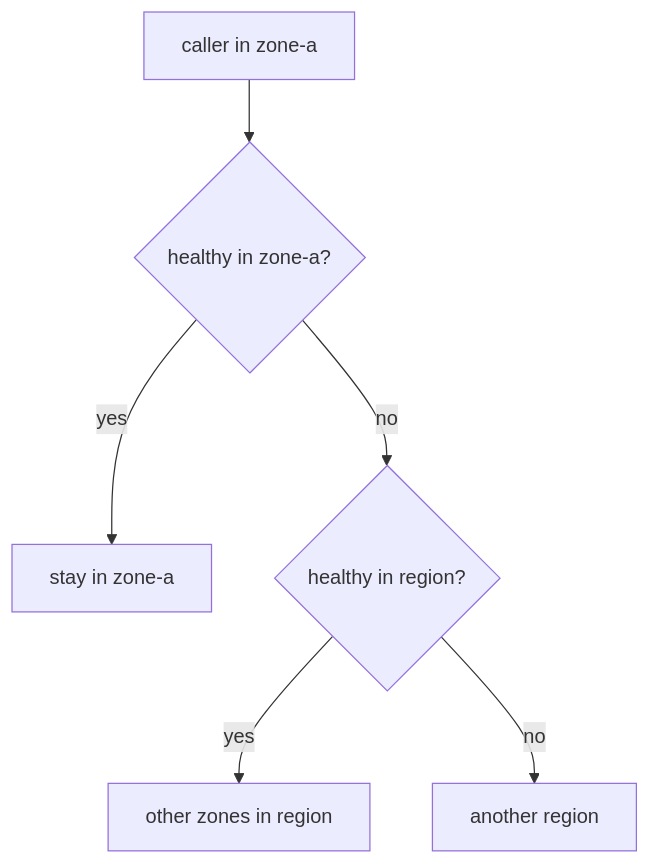
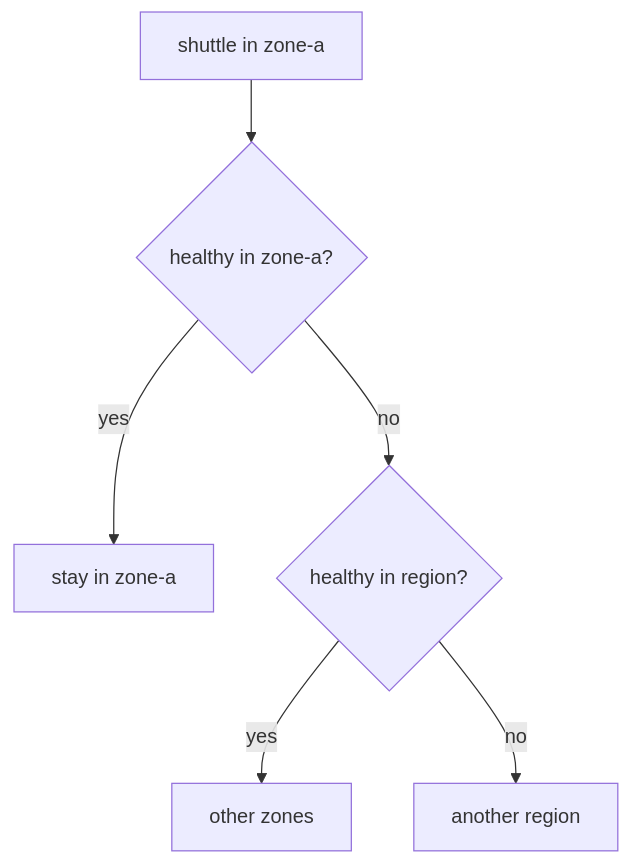
The diagram in sections/section-040/module-04/course-02-preference-distribute-and-failover.md (astrona-io/ATS014), drawn with Mermaid before and after one commit. The commit also changed other lines of this file and 813 other files, not shown here.

````diff
--- a/sections/section-040/module-04/course-02-preference-distribute-and-failover.md
+++ b/sections/section-040/module-04/course-02-preference-distribute-and-failover.md
@@ -11,8 +9,8 @@
 ```mermaid
 flowchart TB
-    C["caller in zone-a"] --> Z{"healthy in zone-a?"}
+    C["shuttle in zone-a"] --> Z{"healthy in zone-a?"}
     Z -->|"yes"| U1["stay in zone-a"]
     Z -->|"no"| R{"healthy in region?"}
-    R -->|"yes"| U2["other zones in region"]
+    R -->|"yes"| U2["other zones"]
     R -->|"no"| U3["another region"]
 ```
````
